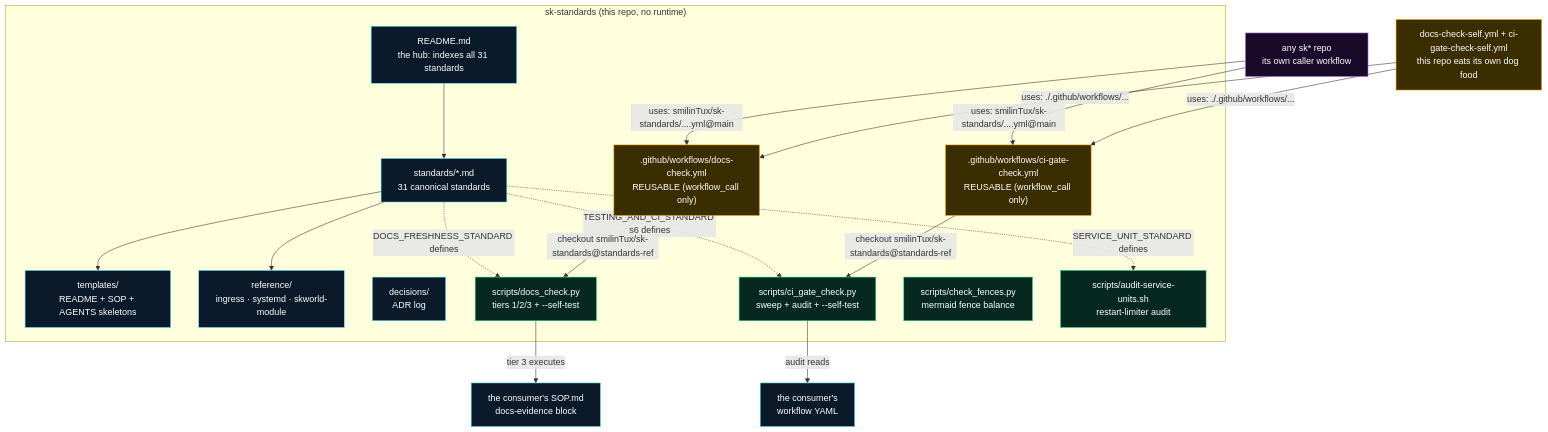
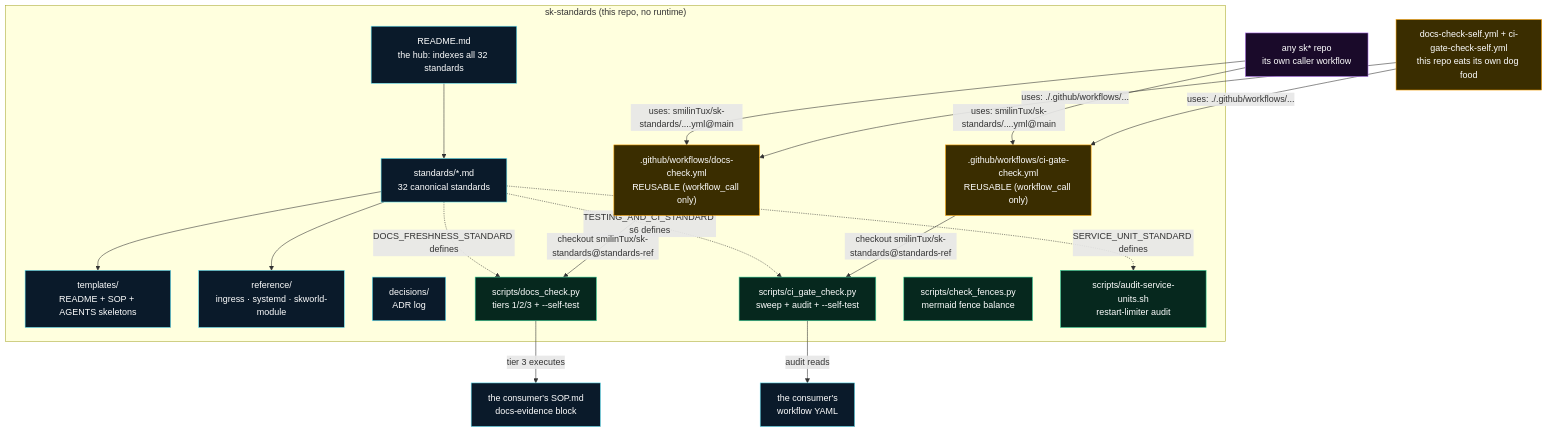
The first of 2 diagrams in SOP.md (smilinTux/sk-standards), drawn with Mermaid before and after one commit. The commit also changed other lines of this file and 3 other files, not shown here.

````diff
--- a/SOP.md
+++ b/SOP.md
@@ -91,39 +91,39 @@
 ```mermaid
 flowchart TD
     subgraph skstd["sk-standards (this repo, no runtime)"]
-      README["README.md<br/>the hub: indexes all 31 standards"]:::doc
-      STD["standards/*.md<br/>31 canonical standards"]:::doc
+      README["README.md<br/>the hub: indexes all 32 standards"]:::doc
+      STD["standards/*.md<br/>32 canonical standards"]:::doc
       TPL["templates/<br/>README + SOP + AGENTS skeletons"]:::doc
       REF["reference/<br/>ingress · systemd · skworld-module"]:::doc
       ADR["decisions/<br/>ADR log"]:::doc
       DC["scripts/docs_check.py<br/>tiers 1/2/3 + --self-test"]:::val
       CG["scripts/ci_gate_check.py<br/>sweep + audit + --self-test"]:::val
       CF["scripts/check_fences.py<br/>mermaid fence balance"]:::val
       AU["scripts/audit-service-units.sh<br/>restart-limiter audit"]:::val
       RW[".github/workflows/docs-check.yml<br/>REUSABLE (workflow_call only)"]:::gate
       RC[".github/workflows/ci-gate-check.yml<br/>REUSABLE (workflow_call only)"]:::gate
     end
 
     SELF["docs-check-self.yml + ci-gate-check-self.yml<br/>this repo eats its own dog food"]:::gate
     CONS["any sk* repo<br/>its own caller workflow"]:::consumer
 
     README --> STD
     STD --> TPL
     STD --> REF
     STD -. "DOCS_FRESHNESS_STANDARD defines" .-> DC
     STD -. "TESTING_AND_CI_STANDARD s6 defines" .-> CG
     STD -. "SERVICE_UNIT_STANDARD defines" .-> AU
     RW -->|"checkout smilinTux/sk-standards@standards-ref"| DC
     RC -->|"checkout smilinTux/sk-standards@standards-ref"| CG
     CONS -->|"uses: smilinTux/sk-standards/....yml@main"| RW
     CONS -->|"uses: smilinTux/sk-standards/....yml@main"| RC
     SELF -->|"uses: ./.github/workflows/..."| RW
     SELF -->|"uses: ./.github/workflows/..."| RC
     DC -->|"tier 3 executes"| EV["the consumer's SOP.md<br/>docs-evidence block"]:::doc
     CG -->|"audit reads"| WF["the consumer's<br/>workflow YAML"]:::doc
 
     classDef doc fill:#0a1a2a,stroke:#67e8f9,color:#fff;
     classDef val fill:#06281e,stroke:#34d399,color:#fff;
     classDef gate fill:#3a2d00,stroke:#ffa500,color:#fff;
     classDef consumer fill:#1a0a2a,stroke:#c084fc,color:#fff;
 ```
````
